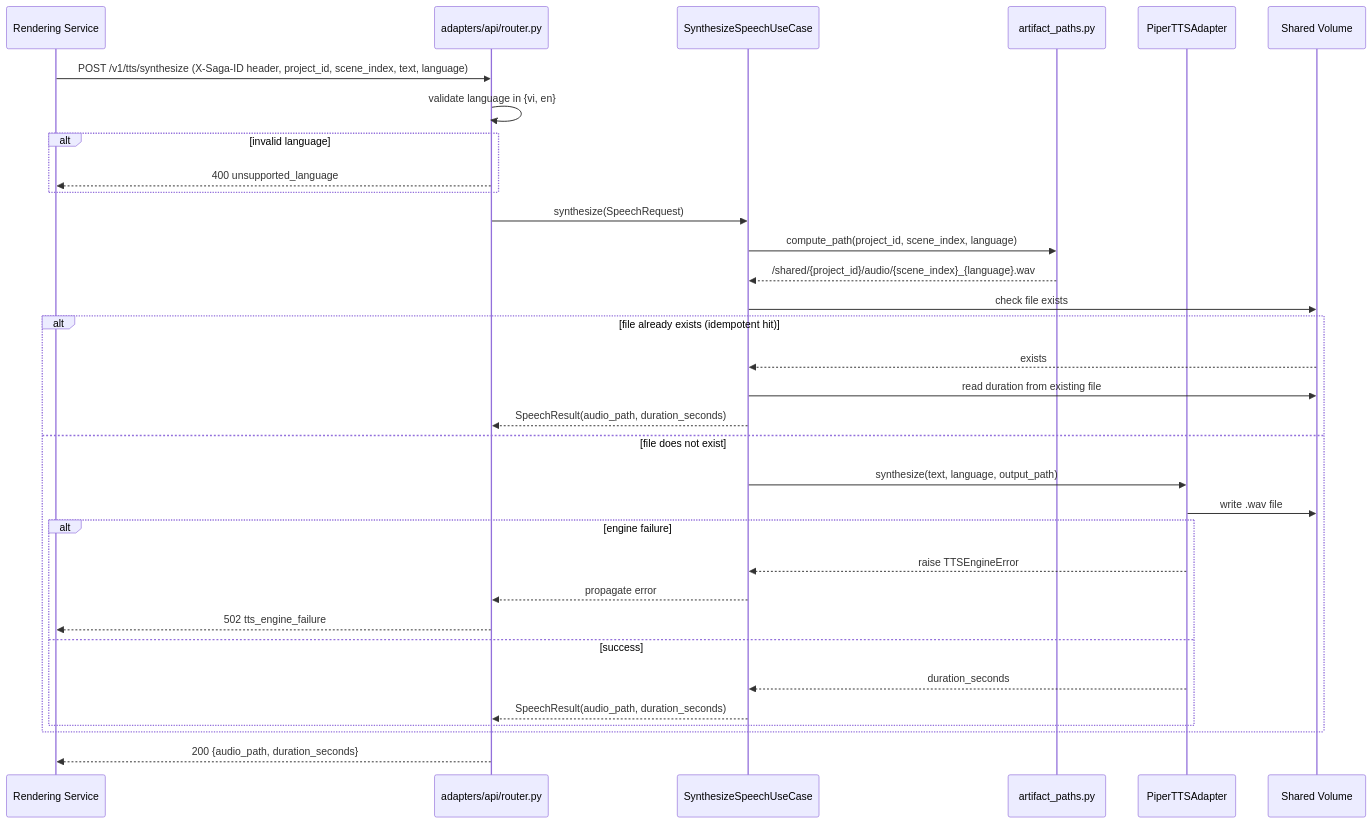
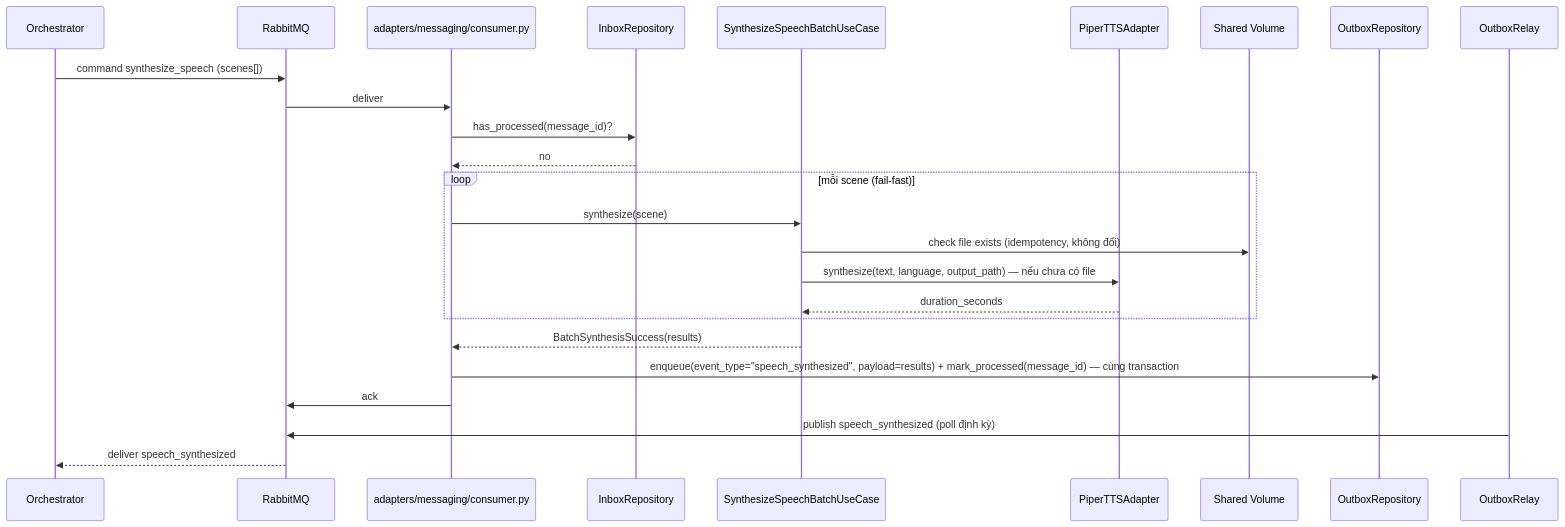
One commit to ngoc31031997/ConceptFlow changed the first of 3 diagrams in aidlc-docs/construction/tts-service/low-level-design/sequence-flows.md. Above: the diagram before and after it, drawn with Mermaid. The commit also changed other lines of this file and 39 other files, not shown here.

First line of the commit message:
Unit 3 (TTS Service): convert to message-driven + retrofit Postgres Inbox/Outbox

````diff
--- a/aidlc-docs/construction/tts-service/low-level-design/sequence-flows.md
+++ b/aidlc-docs/construction/tts-service/low-level-design/sequence-flows.md
@@ -5,36 +7,28 @@
 ```mermaid
 sequenceDiagram
-    participant RD as Rendering Service
-    participant API as adapters/api/router.py
-    participant UC as SynthesizeSpeechUseCase
-    participant AP as artifact_paths.py
-    participant ENG as PiperTTSAdapter
+    participant ORCH as Orchestrator
+    participant MQ as RabbitMQ
+    participant CONSUMER as adapters/messaging/consumer.py
+    participant INBOX as InboxRepository
+    participant UC as SynthesizeSpeechBatchUseCase
+    participant ENGINE as PiperTTSAdapter
     participant FS as Shared Volume
+    participant OUTBOX as OutboxRepository
+    participant RELAY as OutboxRelay
 
-    RD->>API: POST /v1/tts/synthesize (X-Saga-ID header, project_id, scene_index, text, language)
-    API->>API: validate language in {vi, en}
-    alt invalid language
-        API-->>RD: 400 unsupported_language
+    ORCH->>MQ: command synthesize_speech (scenes[])
+    MQ->>CONSUMER: deliver
+    CONSUMER->>INBOX: has_processed(message_id)?
+    INBOX-->>CONSUMER: no
+    loop mỗi scene (fail-fast)
+        CONSUMER->>UC: synthesize(scene)
+        UC->>FS: check file exists (idempotency, không đổi)
+        UC->>ENGINE: synthesize(text, language, output_path) — nếu chưa có file
+        ENGINE-->>UC: duration_seconds
     end
-    API->>UC: synthesize(SpeechRequest)
-    UC->>AP: compute_path(project_id, scene_index, language)
-    AP-->>UC: /shared/{project_id}/audio/{scene_index}_{language}.wav
-    UC->>FS: check file exists
-    alt file already exists (idempotent hit)
-        FS-->>UC: exists
-        UC->>FS: read duration from existing file
-        UC-->>API: SpeechResult(audio_path, duration_seconds)
-    else file does not exist
-        UC->>ENG: synthesize(text, language, output_path)
-        ENG->>FS: write .wav file
-        alt engine failure
-            ENG-->>UC: raise TTSEngineError
-            UC-->>API: propagate error
-            API-->>RD: 502 tts_engine_failure
-        else success
-            ENG-->>UC: duration_seconds
-            UC-->>API: SpeechResult(audio_path, duration_seconds)
-        end
-    end
-    API-->>RD: 200 {audio_path, duration_seconds}
+    UC-->>CONSUMER: BatchSynthesisSuccess(results)
+    CONSUMER->>OUTBOX: enqueue(event_type="speech_synthesized", payload=results) + mark_processed(message_id) — cùng transaction
+    CONSUMER->>MQ: ack
+    RELAY->>MQ: publish speech_synthesized (poll định kỳ)
+    MQ-->>ORCH: deliver speech_synthesized
 ```
````
